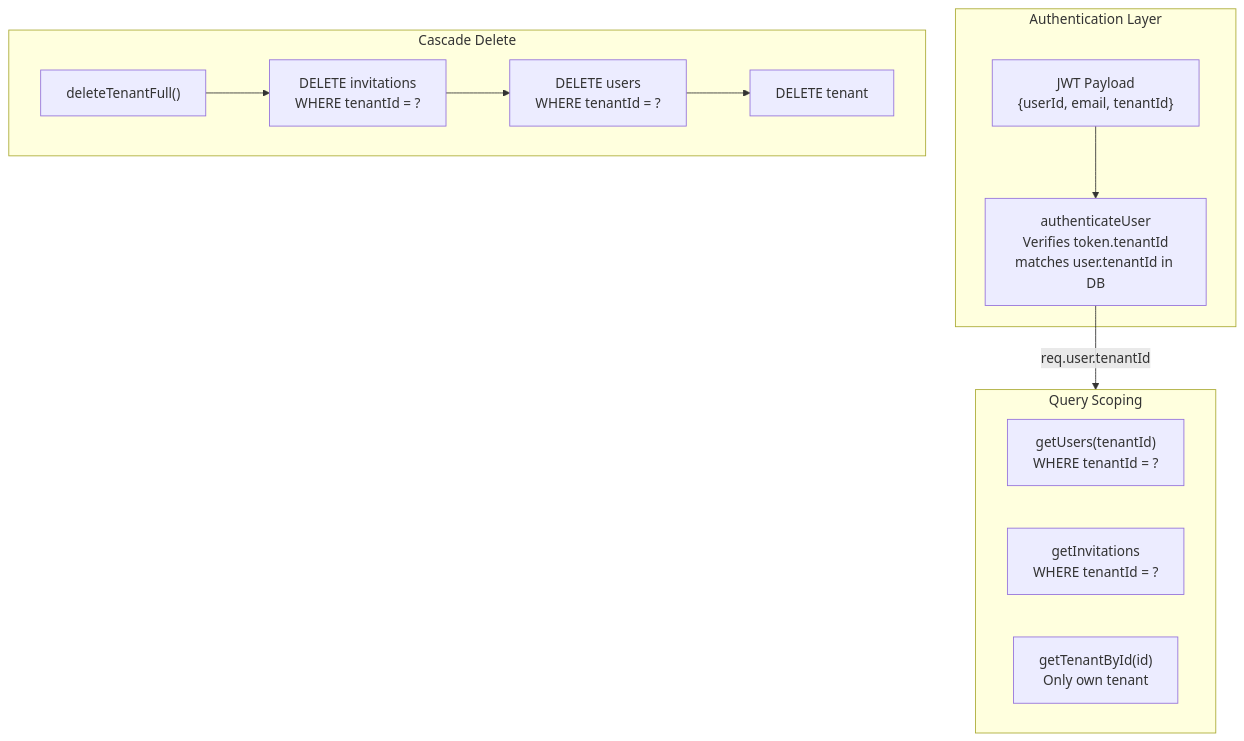
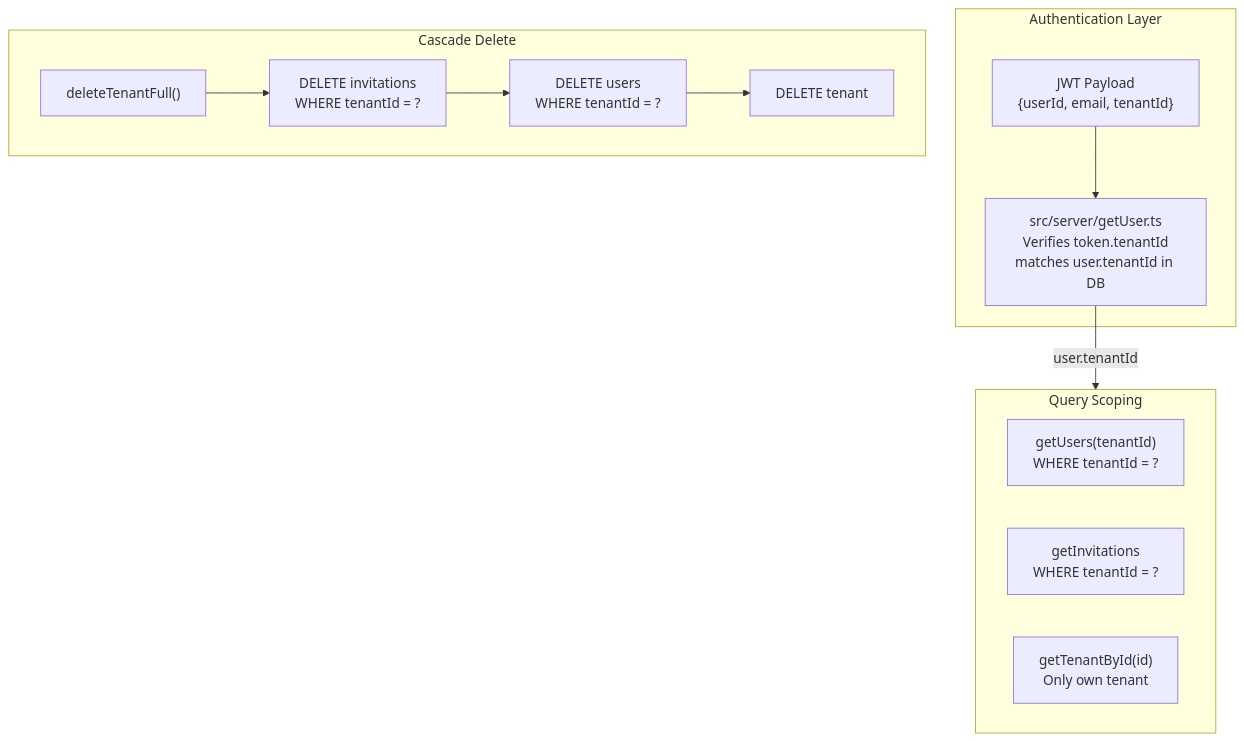
One commit to erium/app-template changed the sixth of 7 diagrams in docs/architecture-data.md. Above: the diagram before and after it, drawn with Mermaid. The commit also changed other lines of this file and 7 other files, not shown here.

````diff
--- a/docs/architecture-data.md
+++ b/docs/architecture-data.md
@@ -228,27 +228,27 @@
 ```mermaid
 graph TD
     subgraph Auth["Authentication Layer"]
         JWT["JWT Payload<br/>{userId, email, tenantId}"]
-        MW["authenticateUser<br/>Verifies token.tenantId<br/>matches user.tenantId in DB"]
+        MW["src/server/getUser.ts<br/>Verifies token.tenantId<br/>matches user.tenantId in DB"]
     end
 
     subgraph Queries["Query Scoping"]
         UserQ["getUsers(tenantId)<br/>WHERE tenantId = ?"]
         InviteQ["getInvitations<br/>WHERE tenantId = ?"]
         TenantQ["getTenantById(id)<br/>Only own tenant"]
     end
 
     subgraph Cascade["Cascade Delete"]
         DelTenant["deleteTenantFull()"]
         DelInvitations["DELETE invitations<br/>WHERE tenantId = ?"]
         DelUsers["DELETE users<br/>WHERE tenantId = ?"]
         DelTenantRow["DELETE tenant"]
     end
 
     JWT --> MW
-    MW -->|"req.user.tenantId"| Queries
+    MW -->|"user.tenantId"| Queries
 
     DelTenant --> DelInvitations
     DelInvitations --> DelUsers
     DelUsers --> DelTenantRow
 ```
````
